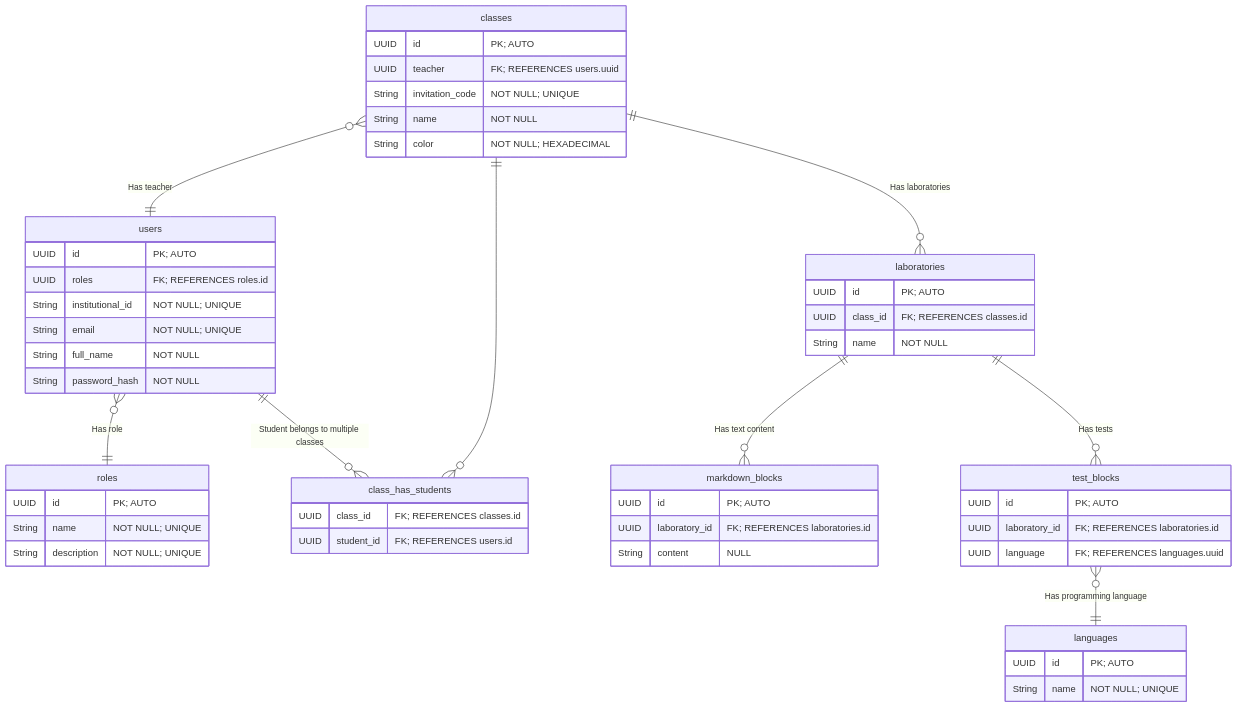
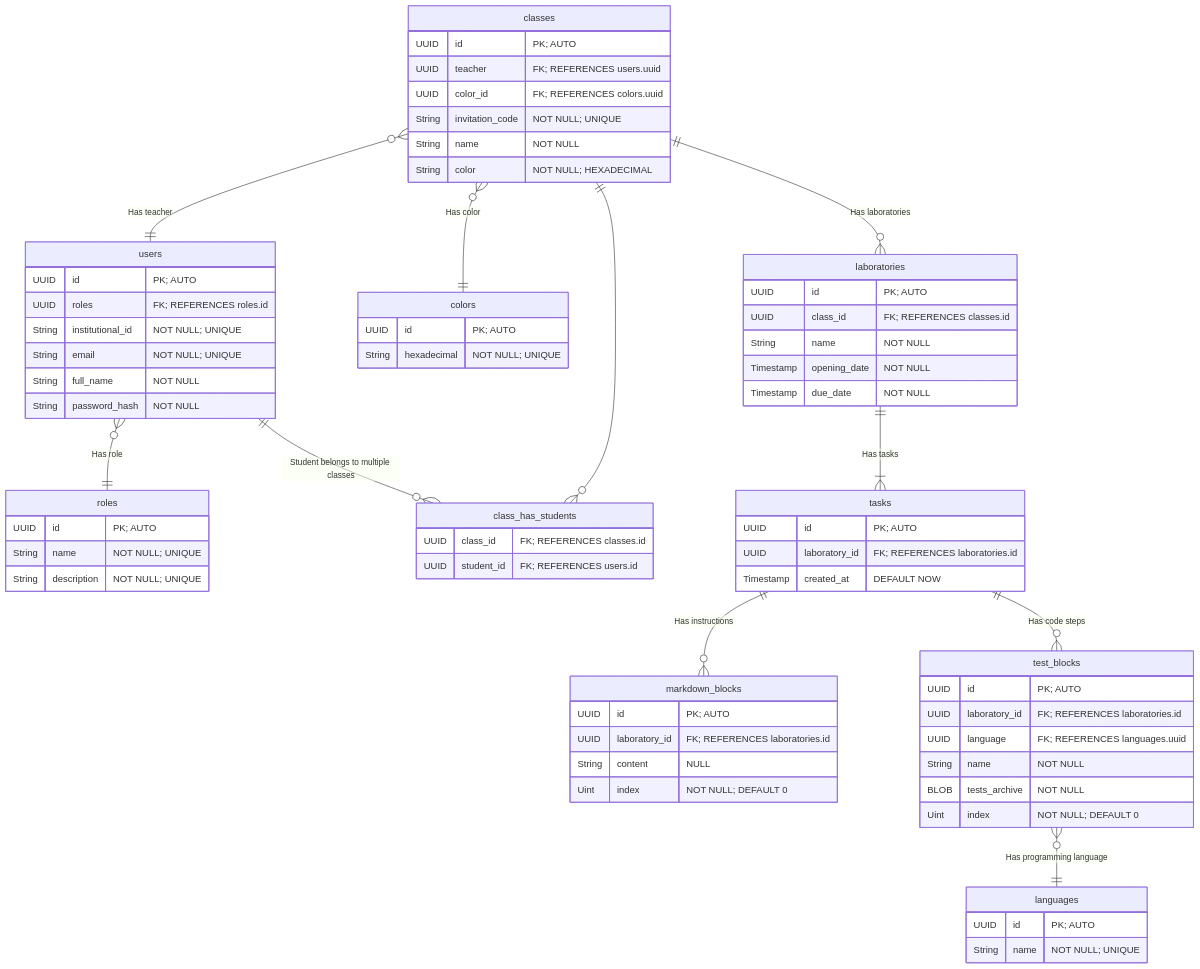
Before and after one commit to upb-code-labs/docs: the diagram in diagrams/database/database.md, drawn with Mermaid.

Commit message:
docs(db): Update `ER` diagram
Add the "colors" and "tasks" tables. Also, update and add some columns.

````diff
--- a/diagrams/database/database.md
+++ b/diagrams/database/database.md
@@ -3,62 +3,82 @@
 ```mermaid
 erDiagram
     users }o--|| roles: "Has role"
     classes }o--|| users: "Has teacher"
+    classes }o--|| colors: "Has color"
     classes ||--o{ class_has_students: ""
     users ||--o{ class_has_students: "Student belongs to multiple classes"
     classes ||--o{ laboratories: "Has laboratories"
-    laboratories ||--o{ markdown_blocks: "Has text content"
-    laboratories ||--o{ test_blocks: "Has tests"
+    laboratories ||--|{	tasks: "Has tasks"
+    tasks ||--o{ markdown_blocks: "Has instructions"
+    tasks ||--o{ test_blocks: "Has code steps"
     test_blocks  }o--|| languages: "Has programming language"
 
 	roles {
         UUID    id          "PK; AUTO"
         String  name        "NOT NULL; UNIQUE"
         String  description "NOT NULL; UNIQUE"
     }
 
     users {
         UUID    id                  "PK; AUTO"
         UUID    roles               "FK; REFERENCES roles.id"
         String  institutional_id    "NOT NULL; UNIQUE"
         String  email               "NOT NULL; UNIQUE"
         String  full_name           "NOT NULL"
         String  password_hash       "NOT NULL"
     }
 
     classes {
         UUID    id                  "PK; AUTO"
         UUID    teacher             "FK; REFERENCES users.uuid"
+        UUID    color_id            "FK; REFERENCES colors.uuid"
         String  invitation_code     "NOT NULL; UNIQUE"
         String  name                "NOT NULL"
         String  color               "NOT NULL; HEXADECIMAL"
+    }
+
+    colors {
+        UUID    id              "PK; AUTO"
+        String  hexadecimal     "NOT NULL; UNIQUE"
     }
 
     class_has_students {
         UUID    class_id    "FK; REFERENCES classes.id"
         UUID    student_id  "FK; REFERENCES users.id"
     }
 
     laboratories {
-        UUID    id          "PK; AUTO"
-        UUID    class_id    "FK; REFERENCES classes.id"
-        String  name        "NOT NULL"
+        UUID        id              "PK; AUTO"
+        UUID        class_id        "FK; REFERENCES classes.id"
+        String      name            "NOT NULL"
+        Timestamp   opening_date    "NOT NULL"
+        Timestamp   due_date        "NOT NULL"
+    }
+
+    tasks {
+        UUID        id              "PK; AUTO"
+        UUID        laboratory_id   "FK; REFERENCES laboratories.id"
+        Timestamp   created_at      "DEFAULT NOW"
     }
 
     markdown_blocks {
         UUID        id              "PK; AUTO"
         UUID        laboratory_id   "FK; REFERENCES laboratories.id"
         String      content         "NULL"
+        Uint        index           "NOT NULL; DEFAULT 0"
     }
 
     test_blocks {
         UUID        id              "PK; AUTO"
         UUID        laboratory_id   "FK; REFERENCES laboratories.id"
         UUID        language        "FK; REFERENCES languages.uuid"
+        String      name            "NOT NULL"
+        BLOB        tests_archive   "NOT NULL"
+        Uint        index           "NOT NULL; DEFAULT 0"
     }
 
     languages {
         UUID        id          "PK; AUTO"
         String      name        "NOT NULL; UNIQUE"
     }
 ```
````
